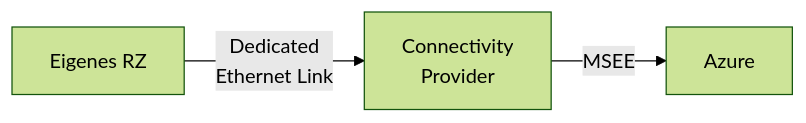
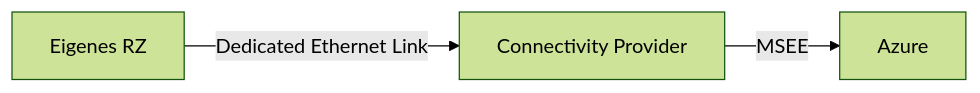
Before and after one commit to SoniiiT/notes-n-docs: the third of 13 diagrams in Microsoft 365/Azure/Netzwerk/Azure ExpressRoute.md, drawn with Mermaid (forest theme). The commit also changed other lines of this file and 124 other files, not shown here.

First line of the commit message:
fix: Entferne \n aus allen Mermaid-Diagrammen (125 Dateien)

````diff
--- a/Microsoft 365/Azure/Netzwerk/Azure ExpressRoute.md
+++ b/Microsoft 365/Azure/Netzwerk/Azure ExpressRoute.md
@@ -64,5 +64,5 @@
 ```mermaid
 graph LR
-    CORP[Eigenes RZ] -->|Dedicated\nEthernet Link| PROVIDER[Connectivity\nProvider]
+    CORP[Eigenes RZ] -->|Dedicated Ethernet Link| PROVIDER[Connectivity Provider]
     PROVIDER -->|MSEE| AZURE[Azure]
 ```
````
